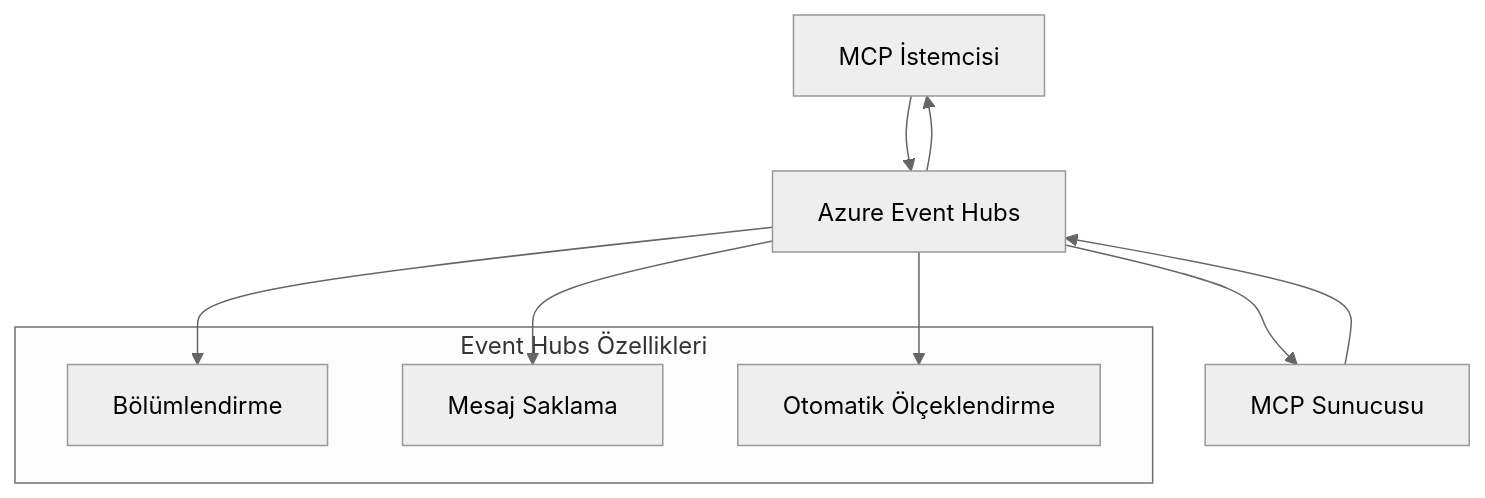
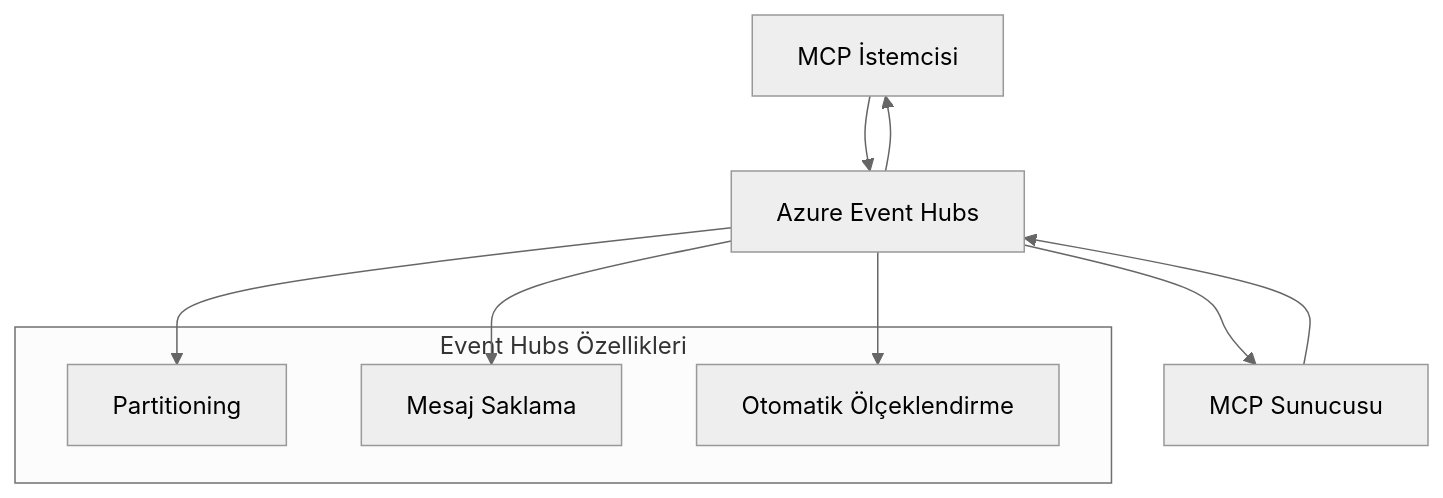
One commit to HIDORAKAI002/ai-workspace-archive changed the second of 2 diagrams in mcp_ecosystem__model_context_protocol/mcp_learning_resources/mcp-for-beginners/translations/tr/05-AdvancedTopics/mcp-transport/README.md. Above: the diagram before and after it, drawn with Mermaid (neutral theme). The commit also changed other lines of this file and 1539 other files, not shown here.

````diff
--- a/mcp_ecosystem__model_context_protocol/mcp_learning_resources/mcp-for-beginners/translations/tr/05-AdvancedTopics/mcp-transport/README.md
+++ b/mcp_ecosystem__model_context_protocol/mcp_learning_resources/mcp-for-beginners/translations/tr/05-AdvancedTopics/mcp-transport/README.md
@@ -269,17 +270,17 @@
 ```mermaid
 graph TB
     Client[MCP İstemcisi] --> EH[Azure Event Hubs]
     EH --> Server[MCP Sunucusu]
     Server --> EH
     EH --> Client
     
     subgraph "Event Hubs Özellikleri"
-        Partition[Bölümlendirme]
+        Partition[Partitioning]
         Retention[Mesaj Saklama]
         Scaling[Otomatik Ölçeklendirme]
     end
     
     EH --> Partition
     EH --> Retention
     EH --> Scaling
 ```
````
